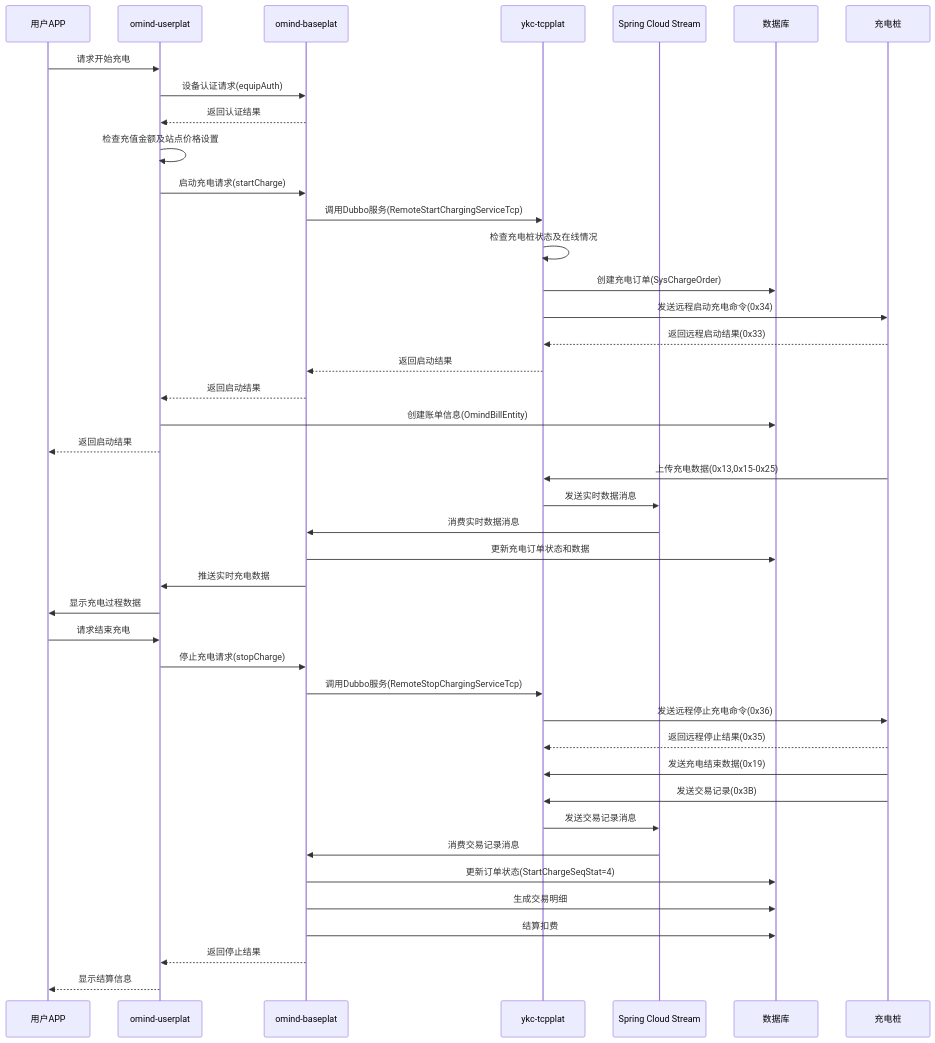
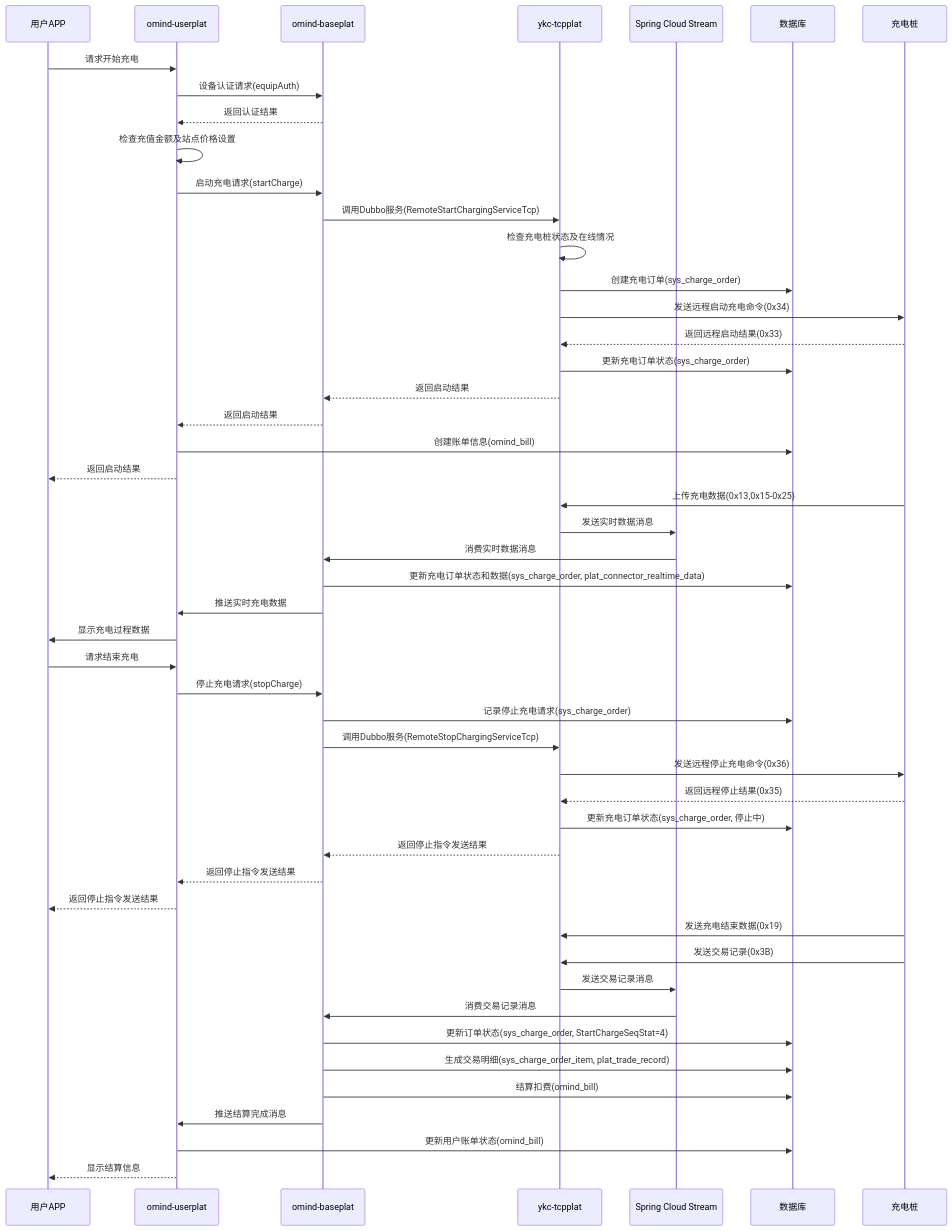
The diagram in 资料/调用流程.md (011eh/orise-charge-cloud), drawn with Mermaid before and after one commit. The commit also changed 7 other files, not shown here.

````diff
--- a/资料/调用流程.md
+++ b/资料/调用流程.md
@@ -1,52 +1,59 @@
 ```mermaid
 sequenceDiagram
     participant App as 用户APP
     participant UserPlat as omind-userplat
     participant BasePlat as omind-baseplat
     participant TcpPlat as ykc-tcpplat
     participant MQ as Spring Cloud Stream
     participant DB as 数据库
     participant Pile as 充电桩
 
     App->>UserPlat: 请求开始充电
     UserPlat->>BasePlat: 设备认证请求(equipAuth)
     BasePlat-->>UserPlat: 返回认证结果
     
     UserPlat->>UserPlat: 检查充值金额及站点价格设置
     UserPlat->>BasePlat: 启动充电请求(startCharge)
     BasePlat->>TcpPlat: 调用Dubbo服务(RemoteStartChargingServiceTcp)
     
     TcpPlat->>TcpPlat: 检查充电桩状态及在线情况
-    TcpPlat->>DB: 创建充电订单(SysChargeOrder)
+    TcpPlat->>DB: 创建充电订单(sys_charge_order)
     TcpPlat->>Pile: 发送远程启动充电命令(0x34)
     Pile-->>TcpPlat: 返回远程启动结果(0x33)
+    TcpPlat->>DB: 更新充电订单状态(sys_charge_order)
     TcpPlat-->>BasePlat: 返回启动结果
     
     BasePlat-->>UserPlat: 返回启动结果
-    UserPlat->>DB: 创建账单信息(OmindBillEntity)
+    UserPlat->>DB: 创建账单信息(omind_bill)
     UserPlat-->>App: 返回启动结果
     
     Pile->>TcpPlat: 上传充电数据(0x13,0x15-0x25)
     TcpPlat->>MQ: 发送实时数据消息
     MQ->>BasePlat: 消费实时数据消息
-    BasePlat->>DB: 更新充电订单状态和数据
+    BasePlat->>DB: 更新充电订单状态和数据(sys_charge_order, plat_connector_realtime_data)
     BasePlat->>UserPlat: 推送实时充电数据
     UserPlat->>App: 显示充电过程数据
     
     App->>UserPlat: 请求结束充电
     UserPlat->>BasePlat: 停止充电请求(stopCharge)
+    BasePlat->>DB: 记录停止充电请求(sys_charge_order)
     BasePlat->>TcpPlat: 调用Dubbo服务(RemoteStopChargingServiceTcp)
     TcpPlat->>Pile: 发送远程停止充电命令(0x36)
     Pile-->>TcpPlat: 返回远程停止结果(0x35)
+    TcpPlat->>DB: 更新充电订单状态(sys_charge_order, 停止中)
+    TcpPlat-->>BasePlat: 返回停止指令发送结果
+    BasePlat-->>UserPlat: 返回停止指令发送结果
+    UserPlat-->>App: 返回停止指令发送结果
     
     Pile->>TcpPlat: 发送充电结束数据(0x19)
     Pile->>TcpPlat: 发送交易记录(0x3B)
     TcpPlat->>MQ: 发送交易记录消息
     MQ->>BasePlat: 消费交易记录消息
-    BasePlat->>DB: 更新订单状态(StartChargeSeqStat=4)
-    BasePlat->>DB: 生成交易明细
-    BasePlat->>DB: 结算扣费
+    BasePlat->>DB: 更新订单状态(sys_charge_order, StartChargeSeqStat=4)
+    BasePlat->>DB: 生成交易明细(sys_charge_order_item, plat_trade_record)
+    BasePlat->>DB: 结算扣费(omind_bill)
     
-    BasePlat-->>UserPlat: 返回停止结果
+    BasePlat->>UserPlat: 推送结算完成消息
+    UserPlat->>DB: 更新用户账单状态(omind_bill)
     UserPlat-->>App: 显示结算信息
 ```
````
